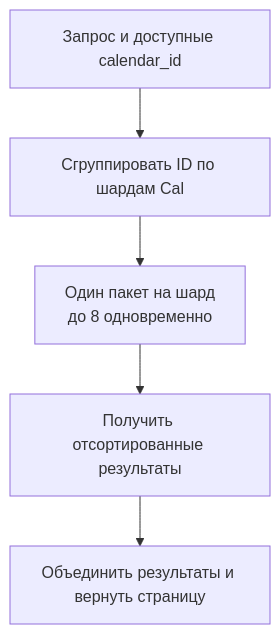
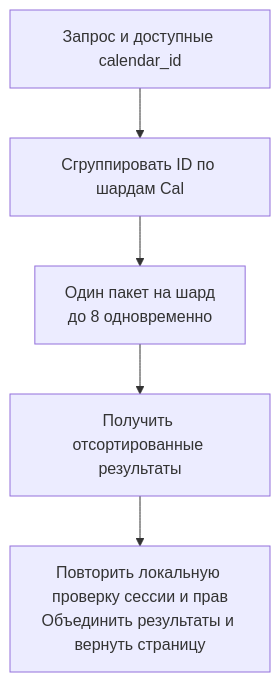
Before and after one commit to Klumaks/Highload_Google_Calendar: the fourth of 5 diagrams in README.md, drawn with Mermaid. The commit also changed other lines of this file, not shown here.

````diff
--- a/README.md
+++ b/README.md
@@ -879,7 +872,7 @@
 ```mermaid
 flowchart TB
     A["Запрос и доступные calendar_id"] --> B["Сгруппировать ID по шардам Cal"]
     B --> C["Один пакет на шард<br/>до 8 одновременно"]
     C --> D["Получить отсортированные результаты"]
-    D --> E["Объединить результаты и вернуть страницу"]
+    D --> E["Повторить локальную проверку сессии и прав<br/>Объединить результаты и вернуть страницу"]
 ```
````
